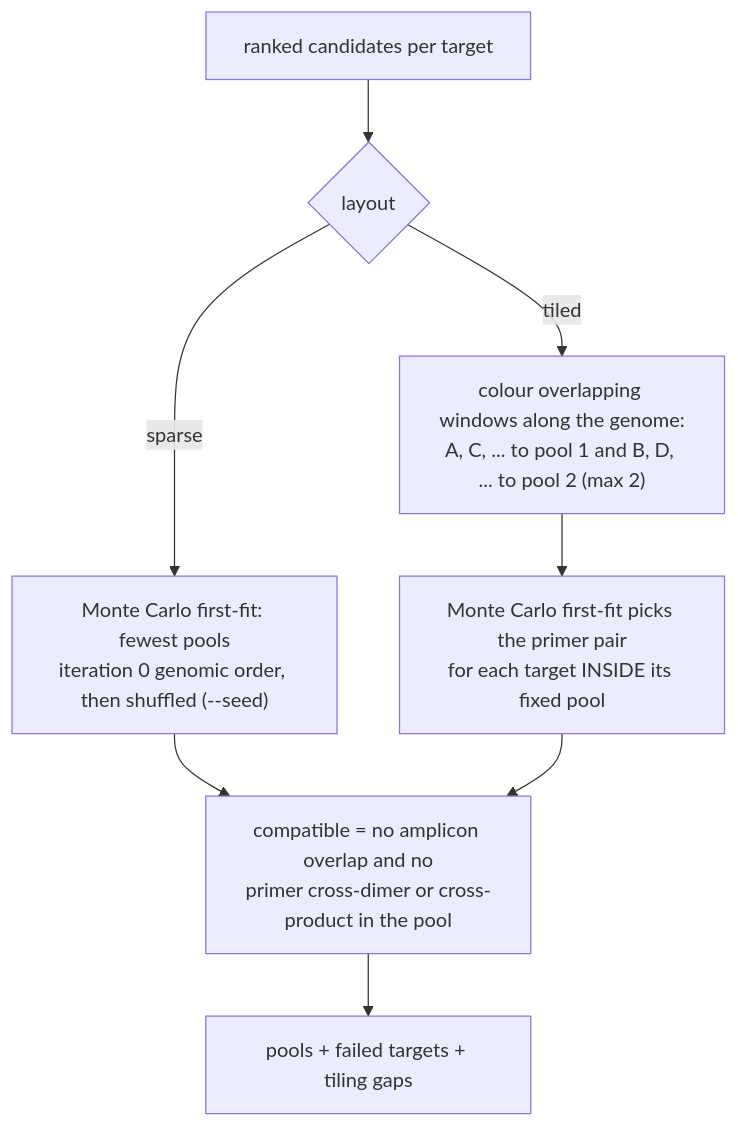
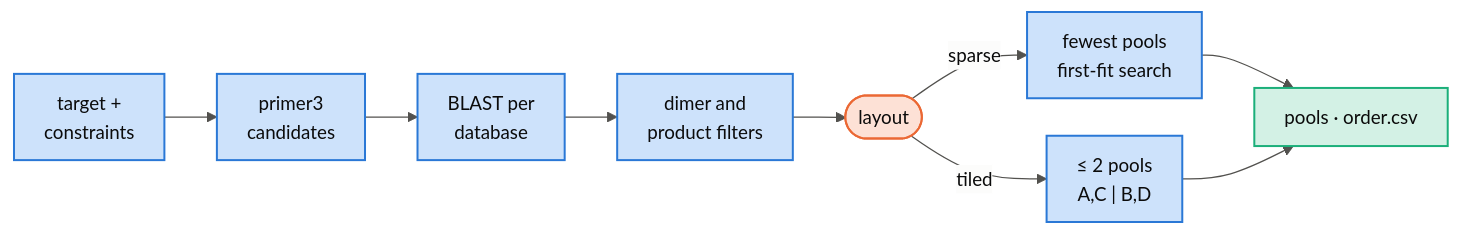
One commit to AHumanBrain/my_amplicon_project changed the second of 4 diagrams in README.md. Above: the diagram before and after it, drawn with Mermaid. The commit also changed other lines of this file and 8 other files, not shown here.

````diff
--- a/README.md
+++ b/README.md
@@ -136,10 +78,16 @@
 ```mermaid
-flowchart TD
-    C["ranked candidates per target"] --> L{"layout"}
-    L -- "sparse" --> M["Monte Carlo first-fit: fewest pools<br/>iteration 0 genomic order, then shuffled (--seed)"]
-    L -- "tiled" --> T["colour overlapping windows along the genome:<br/>A, C, ... to pool 1 and B, D, ... to pool 2 (max 2)"]
-    T --> F["Monte Carlo first-fit picks the primer pair<br/>for each target INSIDE its fixed pool"]
-    M --> K["compatible = no amplicon overlap and no<br/>primer cross-dimer or cross-product in the pool"]
-    F --> K
-    K --> OUT["pools + failed targets + tiling gaps"]
+%%{init: {"theme":"base","themeVariables":{"fontFamily":"Inter, system-ui, -apple-system, Segoe UI, sans-serif","fontSize":"15px","background":"#fcfcfb","primaryColor":"#cde2fb","primaryBorderColor":"#2a78d6","primaryTextColor":"#0b0b0b","secondaryColor":"#d3f1e5","tertiaryColor":"#fde1d6","lineColor":"#52514e","textColor":"#0b0b0b","clusterBkg":"#fcfcfb","clusterBorder":"#e4e3df","edgeLabelBackground":"#fcfcfb"},"flowchart":{"curve":"basis","nodeSpacing":30,"rankSpacing":42,"padding":12}}}%%
+flowchart LR
+    S["target +<br/>constraints"]:::step --> P["primer3<br/>candidates"]:::step
+    P --> B["BLAST per<br/>database"]:::step
+    B --> X["dimer and<br/>product filters"]:::step
+    X --> L(["layout"]):::warn
+    L -- "sparse" --> SP["fewest pools<br/>first-fit search"]:::step
+    L -- "tiled" --> TP["≤ 2 pools<br/>A,C | B,D"]:::step
+    SP --> O["pools · order.csv"]:::out
+    TP --> O
+    classDef step fill:#cde2fb,stroke:#2a78d6,stroke-width:1.6px,color:#0b0b0b
+    classDef out fill:#d3f1e5,stroke:#1baf7a,stroke-width:1.6px,color:#0b0b0b
+    classDef warn fill:#fde1d6,stroke:#eb6834,stroke-width:1.6px,color:#0b0b0b
+    classDef plain fill:#fcfcfb,stroke:#52514e,stroke-width:1.2px,color:#0b0b0b
 ```
````
